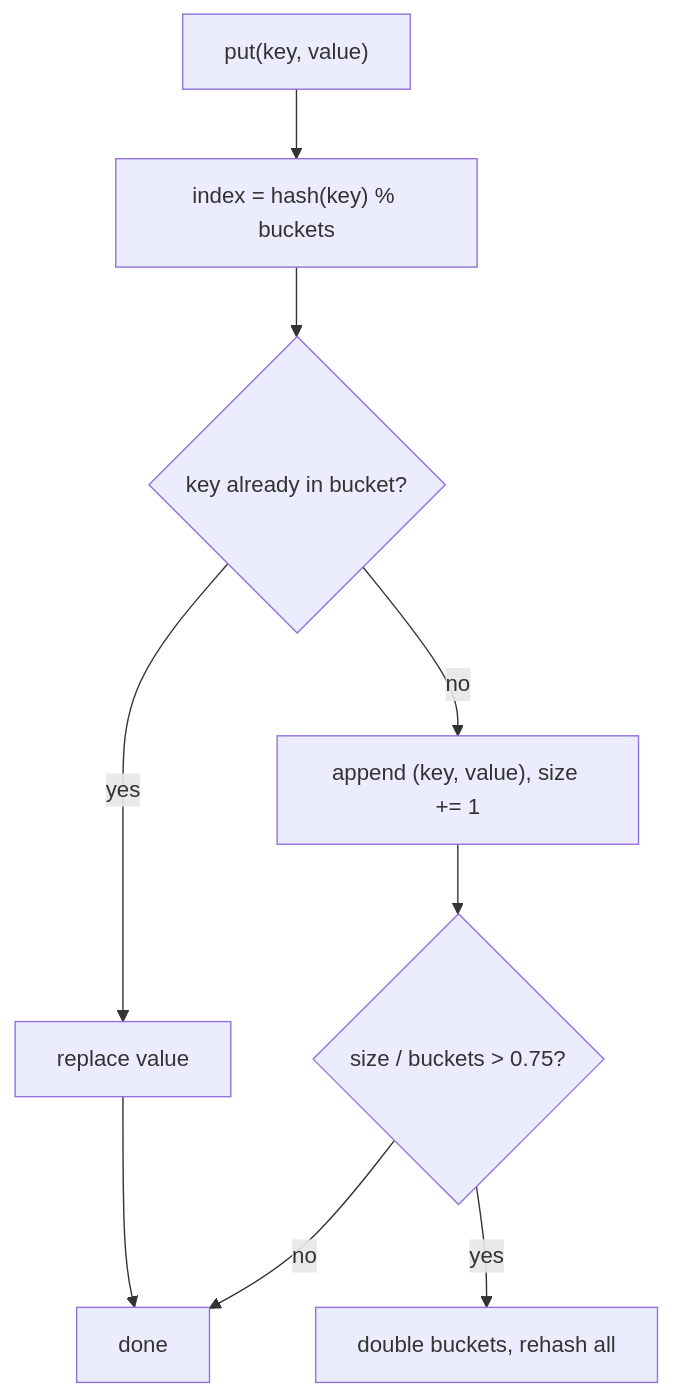
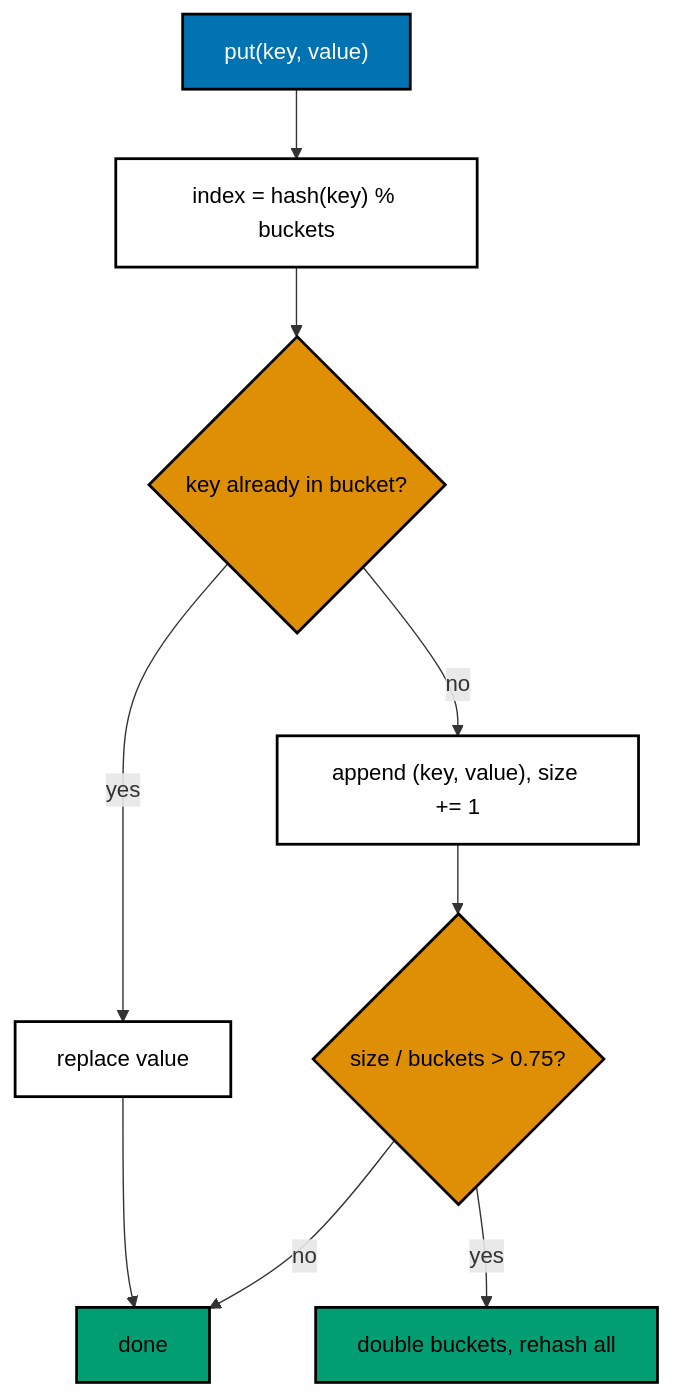
The first of 2 diagrams in drill/system-design-algos/in-python/algo_01_hash_table.md (wahidyankf/grind-in-public), drawn with Mermaid before and after one commit. The commit also changed other lines of this file and 22 other files, not shown here.

First line of the commit message:
docs: use accessible palette in mermaid diagrams

````diff
--- a/drill/system-design-algos/in-python/algo_01_hash_table.md
+++ b/drill/system-design-algos/in-python/algo_01_hash_table.md
@@ -25,15 +25,22 @@
 ```mermaid
 flowchart TD
   accTitle: Hash table put
   accDescr {
     Shows how put finds the bucket, replaces or appends the pair, and doubles the buckets when the load is above 0.75.
   }
   A["put(key, value)"] --> B["index = hash(key) % buckets"]
   B --> C{"key already in bucket?"}
   C -->|yes| D["replace value"]
   D --> Z["done"]
   C -->|no| E["append (key, value), size += 1"]
   E --> F{"size / buckets > 0.75?"}
   F -->|no| Z
   F -->|yes| G["double buckets, rehash all"]
+  classDef default fill:#FFFFFF,stroke:#000000,color:#000000,stroke-width:2px
+  classDef blue fill:#0173B2,stroke:#000000,color:#FFFFFF,stroke-width:2px
+  classDef orange fill:#DE8F05,stroke:#000000,color:#000000,stroke-width:2px
+  classDef teal fill:#029E73,stroke:#000000,color:#000000,stroke-width:2px
+  class C,F orange
+  class A blue
+  class Z,G teal
 ```
````
